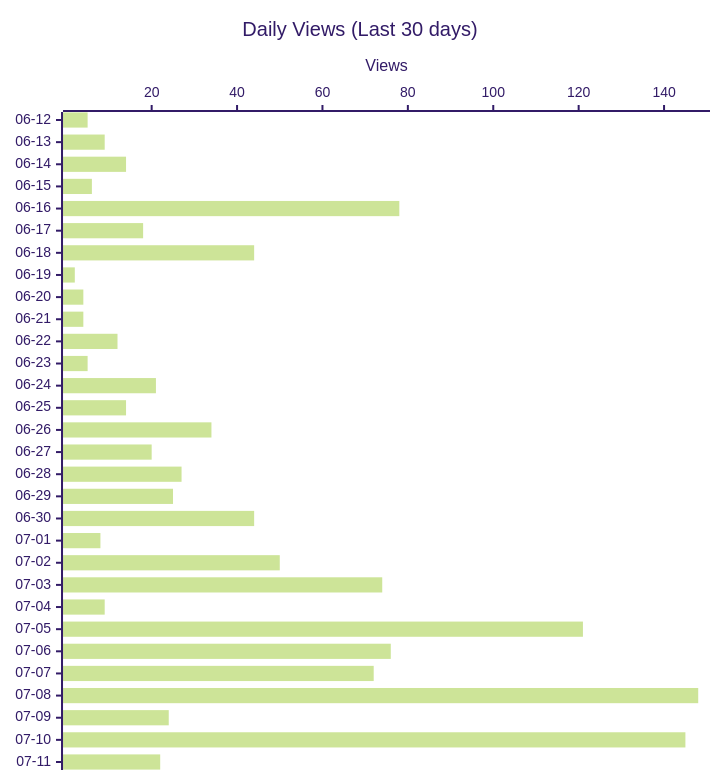
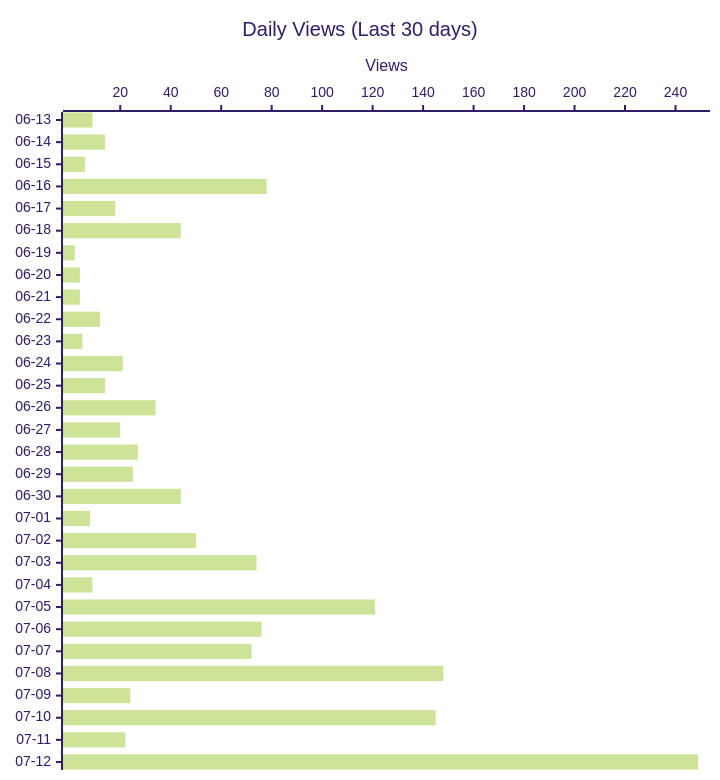
Before and after one commit to shigechika/github-insights: the second of 4 diagrams in README.md, drawn with Mermaid (forest theme). The commit also changed other lines of this file and 2 other files, not shown here.

````diff
--- a/README.md
+++ b/README.md
@@ -28,12 +28,12 @@
 ```mermaid
 ---
 config:
   xyChart:
     height: 760
 ---
 xychart-beta horizontal
     title "Daily Views (Last 30 days)"
-    x-axis ["06-12", "06-13", "06-14", "06-15", "06-16", "06-17", "06-18", "06-19", "06-20", "06-21", "06-22", "06-23", "06-24", "06-25", "06-26", "06-27", "06-28", "06-29", "06-30", "07-01", "07-02", "07-03", "07-04", "07-05", "07-06", "07-07", "07-08", "07-09", "07-10", "07-11"]
+    x-axis ["06-13", "06-14", "06-15", "06-16", "06-17", "06-18", "06-19", "06-20", "06-21", "06-22", "06-23", "06-24", "06-25", "06-26", "06-27", "06-28", "06-29", "06-30", "07-01", "07-02", "07-03", "07-04", "07-05", "07-06", "07-07", "07-08", "07-09", "07-10", "07-11", "07-12"]
     y-axis "Views"
-    bar [5, 9, 14, 6, 78, 18, 44, 2, 4, 4, 12, 5, 21, 14, 34, 20, 27, 25, 44, 8, 50, 74, 9, 121, 76, 72, 148, 24, 145, 22]
+    bar [9, 14, 6, 78, 18, 44, 2, 4, 4, 12, 5, 21, 14, 34, 20, 27, 25, 44, 8, 50, 74, 9, 121, 76, 72, 148, 24, 145, 22, 249]
 ```
````
